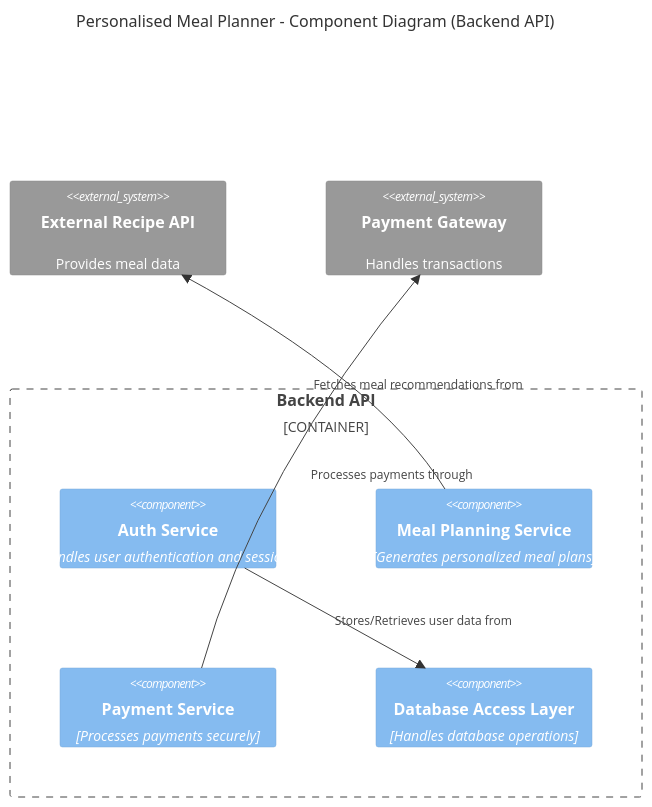
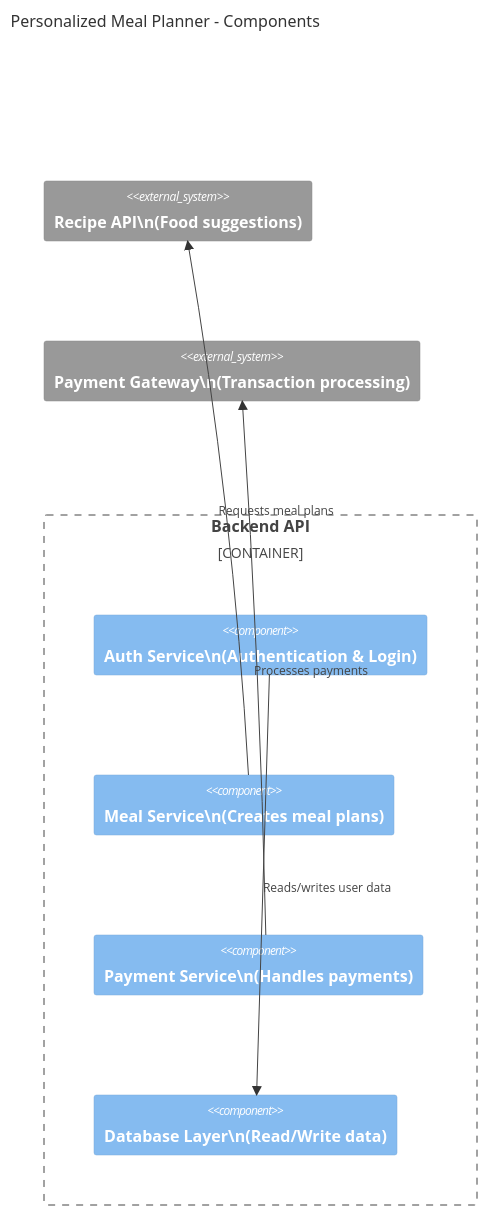
Before and after one commit to YonelaK/Personalised-meal-planner: the third of 5 diagrams in ARCHITECTURE.md, drawn with Mermaid. The commit also changed other lines of this file, not shown here.

````diff
--- a/ARCHITECTURE.md
+++ b/ARCHITECTURE.md
@@ -55,18 +58,18 @@
 ```mermaid
 C4Component
-  title Personalised Meal Planner - Component Diagram (Backend API)
+  title Personalized Meal Planner - Components
 
   Container_Boundary(apiService, "Backend API") {
-    Component(authService, "Auth Service", "Handles user authentication and sessions")
-    Component(mealService, "Meal Planning Service", "Generates personalized meal plans")
-    Component(paymentService, "Payment Service", "Processes payments securely")
-    Component(dataAccess, "Database Access Layer", "Handles database operations")
+    Component(authService, "Auth Service\n(Authentication & Login)")
+    Component(mealService, "Meal Service\n(Creates meal plans)")
+    Component(paymentService, "Payment Service\n(Handles payments)")
+    Component(dataAccess, "Database Layer\n(Read/Write data)")
   }
 
-  System_Ext(recipeAPI, "External Recipe API", "Provides meal data")
-  System_Ext(paymentGateway, "Payment Gateway", "Handles transactions")
+  System_Ext(recipeAPI, "Recipe API\n(Food suggestions)")
+  System_Ext(paymentGateway, "Payment Gateway\n(Transaction processing)")
 
-  Rel(authService, dataAccess, "Stores/Retrieves user data from")
-  Rel(mealService, recipeAPI, "Fetches meal recommendations from")
-  Rel(paymentService, paymentGateway, "Processes payments through")
+  Rel(authService, dataAccess, "Reads/writes user data")
+  Rel(mealService, recipeAPI, "Requests meal plans")
+  Rel(paymentService, paymentGateway, "Processes payments")
 ```
````
